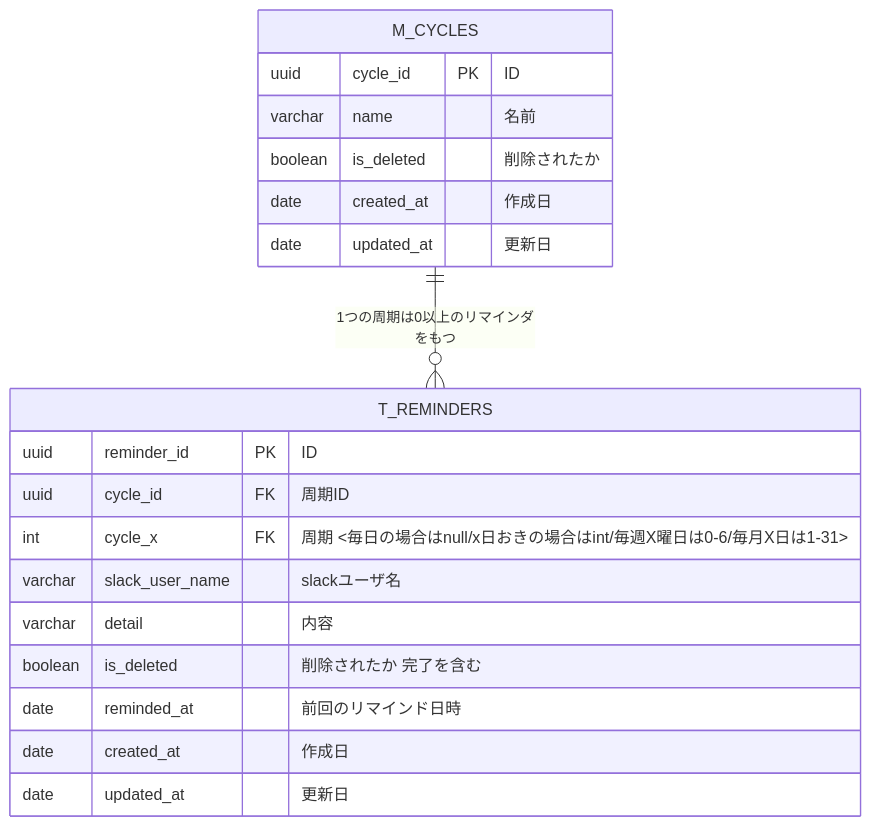
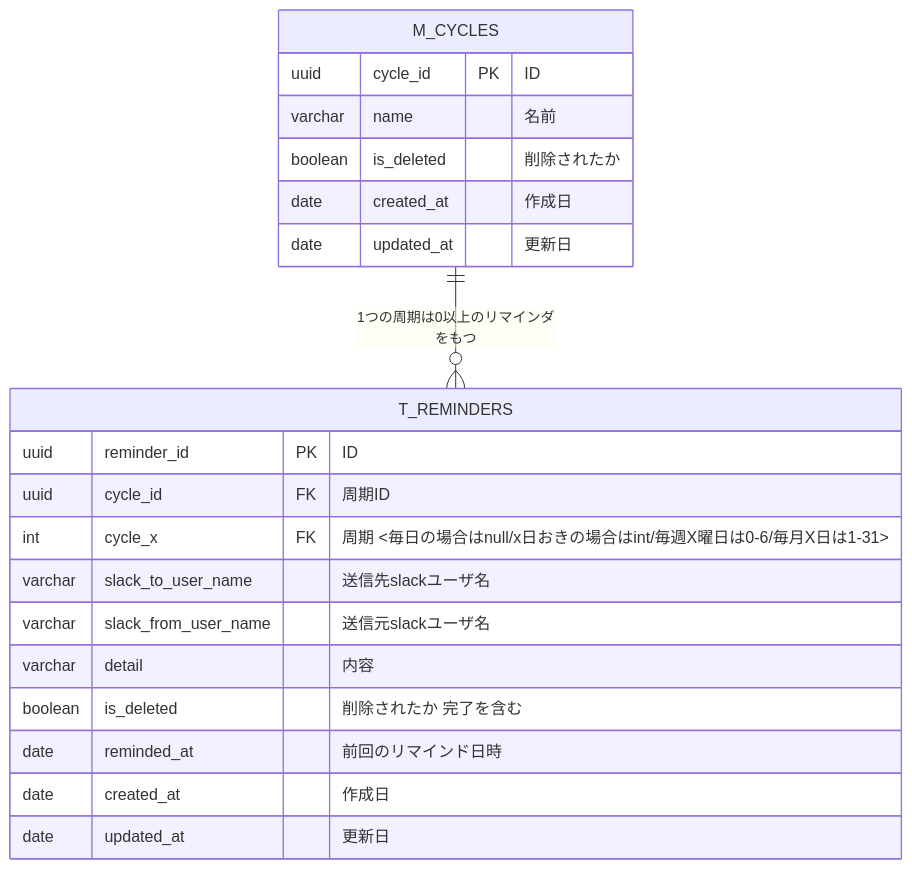
The diagram in F0yWy8HaLlWoST/01_データベース設計/04_DBモデリング4/kadai_01.md (praha-inc/praha-challenge-7), drawn with Mermaid before and after one commit.

Commit message:
feat: 送信元ユーザの項目追加

````diff
--- a/F0yWy8HaLlWoST/01_データベース設計/04_DBモデリング4/kadai_01.md
+++ b/F0yWy8HaLlWoST/01_データベース設計/04_DBモデリング4/kadai_01.md
@@ -9,25 +9,26 @@
 ```mermaid
 erDiagram
 
   M_CYCLES {
     uuid cycle_id PK "ID"
     varchar name "<Not null> 名前"
     boolean is_deleted "<Not null> 削除されたか"
     date created_at "<Not null> 作成日"
     date updated_at "更新日"
   }
 
   T_REMINDERS {
     uuid reminder_id PK "ID"
     uuid cycle_id FK "<Not null> 周期ID"
     int cycle_x FK "周期 <毎日の場合はnull/x日おきの場合はint/毎週X曜日は0-6/毎月X日は1-31>"
-    varchar slack_user_name "<Not null> slackユーザ名"
+    varchar slack_to_user_name "<Not null> 送信先slackユーザ名"
+    varchar slack_from_user_name "<Not null> 送信元slackユーザ名"
     varchar detail "<Not null> 内容"
     boolean is_deleted "<Not null> 削除されたか 完了を含む"
     date reminded_at "前回のリマインド日時"
     date created_at "<Not null> 作成日"
     date updated_at "更新日"
   }
 
   M_CYCLES ||--o{ T_REMINDERS: "1つの周期は0以上のリマインダをもつ"
 ```
````
